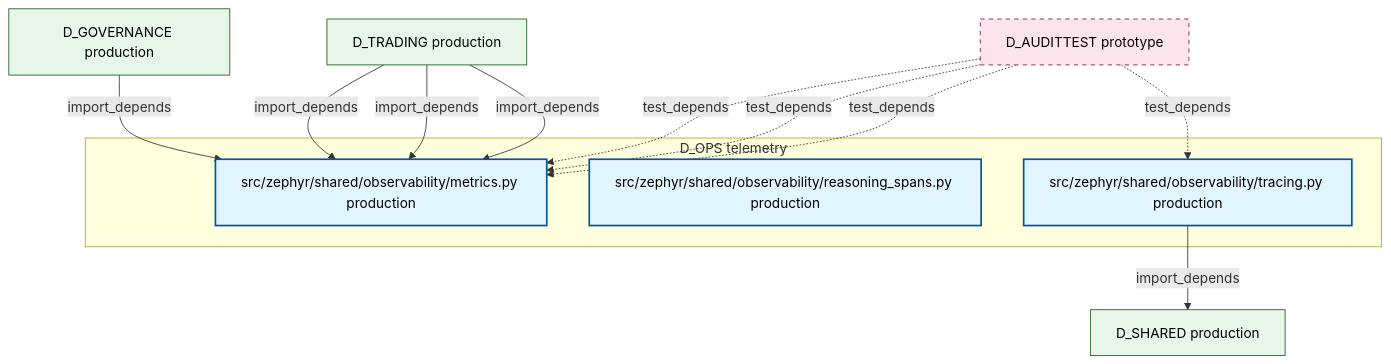
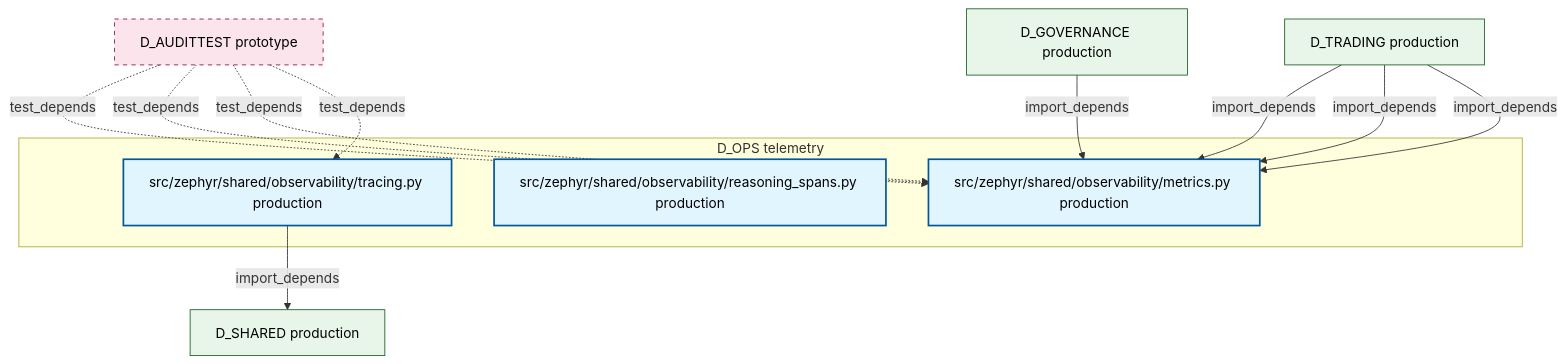
One commit to xuanFelixVan/ZephyrAlpha changed the diagram in docs/02_enterprise_architecture/02_domain_architecture_docs/15_d_ops.md. Above: the diagram before and after it, drawn with Mermaid. The commit also changed other lines of this file and 99 other files, not shown here.

````diff
--- a/docs/02_enterprise_architecture/02_domain_architecture_docs/15_d_ops.md
+++ b/docs/02_enterprise_architecture/02_domain_architecture_docs/15_d_ops.md
@@ -47,28 +47,28 @@
 ```mermaid
 graph TD
     subgraph D_OPS["D_OPS telemetry"]
         src_zephyr_shared_observability_metrics_py["src/zephyr/shared/observability/metrics.py production"]
         src_zephyr_shared_observability_reasoning_spans_py["src/zephyr/shared/observability/reasoning_spans.py production"]
         src_zephyr_shared_observability_tracing_py["src/zephyr/shared/observability/tracing.py production"]
     end
     D_SHARED["D_SHARED production"]
     src_zephyr_shared_observability_tracing_py -->|import_depends| D_SHARED
     D_AUDITTEST["D_AUDITTEST prototype"]
     D_AUDITTEST -.->|test_depends| src_zephyr_shared_observability_metrics_py
     D_AUDITTEST -.->|test_depends| src_zephyr_shared_observability_metrics_py
-    D_AUDITTEST -.->|test_depends| src_zephyr_shared_observability_metrics_py
     D_TRADING["D_TRADING production"]
-    D_TRADING -->|import_depends| src_zephyr_shared_observability_metrics_py
-    D_TRADING -->|import_depends| src_zephyr_shared_observability_metrics_py
     D_TRADING -->|import_depends| src_zephyr_shared_observability_metrics_py
     D_GOVERNANCE["D_GOVERNANCE production"]
     D_GOVERNANCE -->|import_depends| src_zephyr_shared_observability_metrics_py
+    D_AUDITTEST -.->|test_depends| src_zephyr_shared_observability_metrics_py
+    D_TRADING -->|import_depends| src_zephyr_shared_observability_metrics_py
+    D_TRADING -->|import_depends| src_zephyr_shared_observability_metrics_py
     D_AUDITTEST -.->|test_depends| src_zephyr_shared_observability_tracing_py
     classDef production fill:#e1f5fe,stroke:#01579b,stroke-width:2px,color:#000
     classDef design fill:#fff3e0,stroke:#e65100,stroke-width:2px,color:#000,stroke-dasharray: 5 5
     classDef external_prod fill:#e8f5e9,stroke:#1b5e20,stroke-width:1px,color:#000
     classDef external_design fill:#fce4ec,stroke:#880e4f,stroke-width:1px,color:#000,stroke-dasharray: 5 5
     class src_zephyr_shared_observability_metrics_py,src_zephyr_shared_observability_reasoning_spans_py,src_zephyr_shared_observability_tracing_py production
     class D_SHARED,D_TRADING,D_GOVERNANCE external_prod
     class D_AUDITTEST external_design
 ```
````
